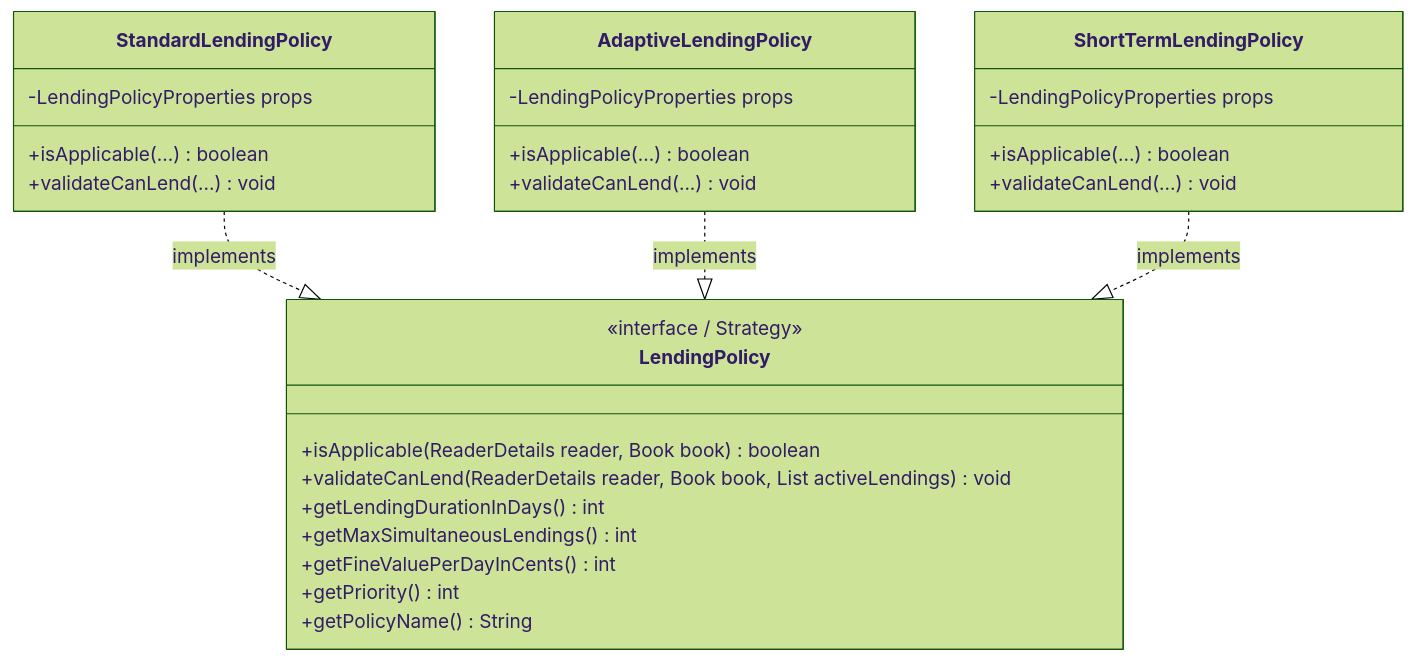
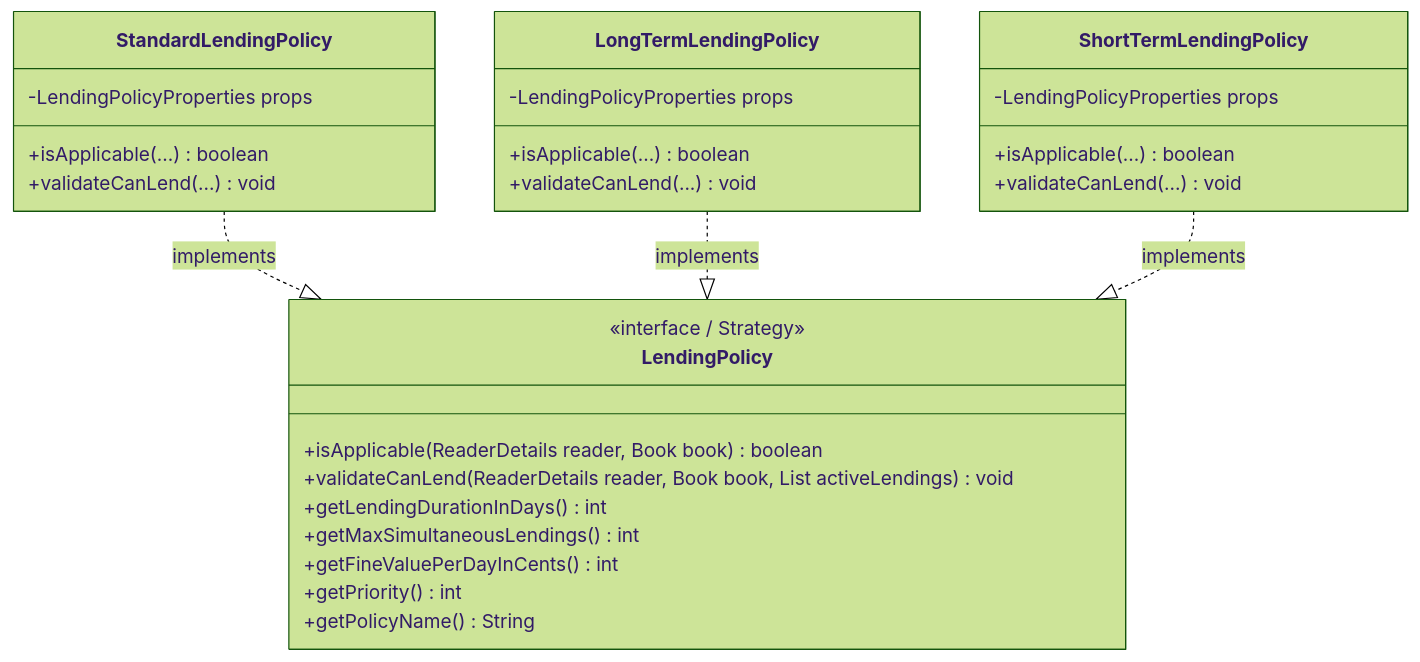
One commit to RafaelBrandao04/psoft-project-2026-1 changed the fourth of 4 diagrams in Docs/ARQSOFT/system-to-be/architectural-patterns.md. Above: the diagram before and after it, drawn with Mermaid (forest theme). The commit also changed 4 other files, not shown here.

````diff
--- a/Docs/ARQSOFT/system-to-be/architectural-patterns.md
+++ b/Docs/ARQSOFT/system-to-be/architectural-patterns.md
@@ -187,33 +187,33 @@
 ```mermaid
 classDiagram
     direction TB
     class LendingPolicy {
         <<interface / Strategy>>
         +isApplicable(ReaderDetails reader, Book book) boolean
         +validateCanLend(ReaderDetails reader, Book book, List activeLendings) void
         +getLendingDurationInDays() int
         +getMaxSimultaneousLendings() int
         +getFineValuePerDayInCents() int
         +getPriority() int
         +getPolicyName() String
     }
     class StandardLendingPolicy {
         -LendingPolicyProperties props
         +isApplicable(...) boolean
         +validateCanLend(...) void
     }
-    class AdaptiveLendingPolicy {
+    class LongTermLendingPolicy {
         -LendingPolicyProperties props
         +isApplicable(...) boolean
         +validateCanLend(...) void
     }
     class ShortTermLendingPolicy {
         -LendingPolicyProperties props
         +isApplicable(...) boolean
         +validateCanLend(...) void
     }
 
     StandardLendingPolicy ..|> LendingPolicy : implements
-    AdaptiveLendingPolicy ..|> LendingPolicy : implements
+    LongTermLendingPolicy ..|> LendingPolicy : implements
     ShortTermLendingPolicy ..|> LendingPolicy : implements
 ```
````
